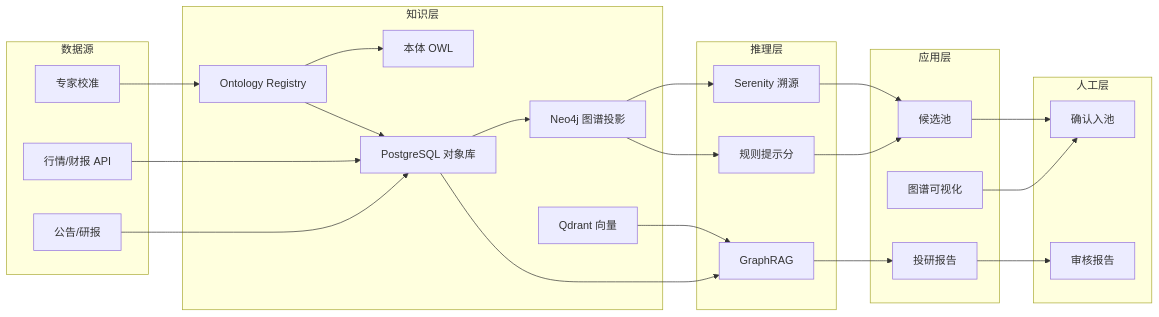
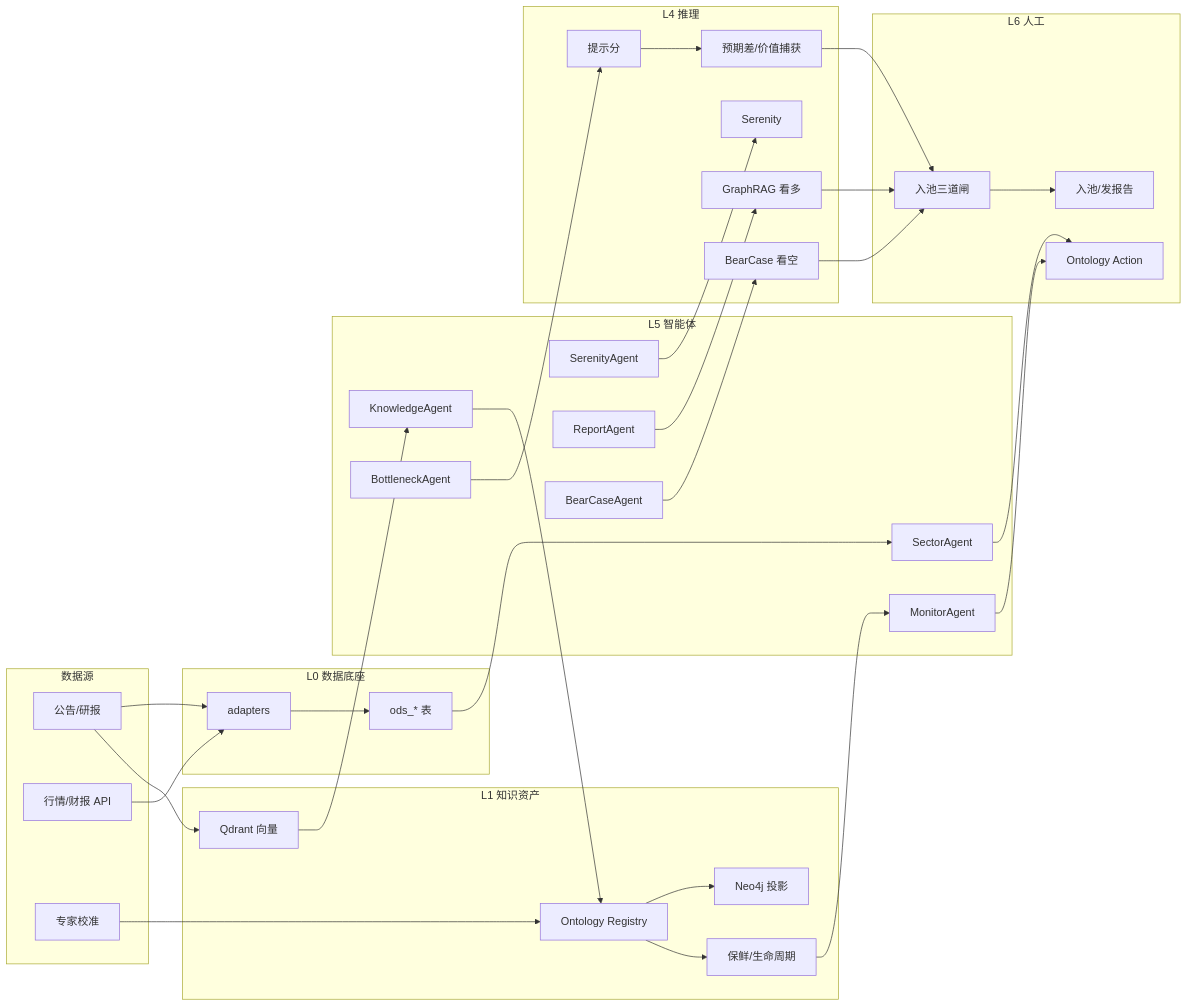
Before and after one commit to aliushen3/aistock: the fourth of 5 diagrams in docs/DESIGN.md, drawn with Mermaid. The commit also changed other lines of this file and 128 other files, not shown here.

````diff
--- a/docs/DESIGN.md
+++ b/docs/DESIGN.md
@@ -301,50 +514,66 @@
 ```mermaid
 flowchart LR
     subgraph Sources["数据源"]
         A1[公告/研报]
         A2[行情/财报 API]
         A3[专家校准]
     end
 
-    subgraph Knowledge["知识层"]
-        B0[Ontology Registry]
-        B1[本体 OWL]
-        B2[Neo4j 图谱投影]
-        B3[PostgreSQL 对象库]
-        B4[Qdrant 向量]
+    subgraph L0["L0 数据底座"]
+        ODS[ods_* 表]
+        ADP[adapters]
     end
 
-    subgraph Reasoning["推理层"]
-        C1[规则提示分]
-        C2[Serenity 溯源]
-        C3[GraphRAG]
+    subgraph L1["L1 知识资产"]
+        B0[Ontology Registry]
+        B2[Neo4j 投影]
+        B4[Qdrant 向量]
+        BF[保鲜/生命周期]
     end
 
-    subgraph App["应用层"]
-        D1[图谱可视化]
-        D2[候选池]
-        D3[投研报告]
+    subgraph L5["L5 智能体"]
+        G1[SectorAgent]
+        G2[KnowledgeAgent]
+        G4[BottleneckAgent]
+        G5[SerenityAgent]
+        G6[ReportAgent]
+        G8[BearCaseAgent]
+        G7[MonitorAgent]
     end
 
-    subgraph Human["人工层"]
-        E1[确认入池]
-        E2[审核报告]
+    subgraph L4["L4 推理"]
+        C1[提示分]
+        C2[Serenity]
+        C3[GraphRAG 看多]
+        C5[预期差/价值捕获]
+        C6[BearCase 看空]
     end
 
-    A1 --> B3
-    A2 --> B3
+    subgraph L6["L6 人工"]
+        E1[Ontology Action]
+        E0[入池三道闸]
+        E2[入池/发报告]
+    end
+
+    A1 --> ADP --> ODS
+    A2 --> ADP
+    A1 --> B4
     A3 --> B0
-    B0 --> B1
-    B0 --> B3
-    B3 --> B2
-    B2 --> C1
-    B2 --> C2
-    B3 --> C3
-    B4 --> C3
-    C1 --> D2
-    C2 --> D2
-    C3 --> D3
-    D1 --> E1
-    D2 --> E1
-    D3 --> E2
+    ODS --> G1
+    B4 --> G2
+    B0 --> B2
+    B0 --> BF
+    G1 --> E1
+    G2 --> B0
+    G4 --> C1
+    G5 --> C2
+    G6 --> C3
+    G8 --> C6
+    C1 --> C5
+    C3 --> E0
+    C5 --> E0
+    C6 --> E0
+    E0 --> E2
+    BF --> G7
+    G7 --> E1
 ```
````
